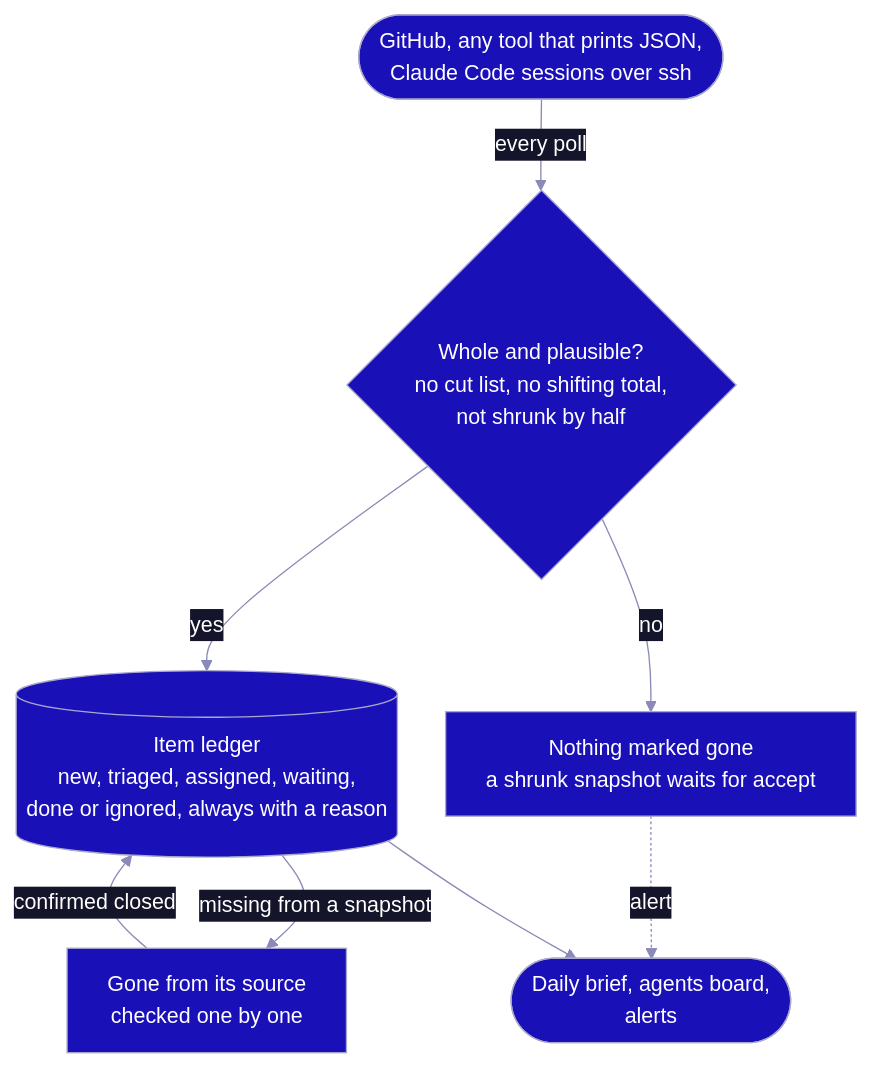
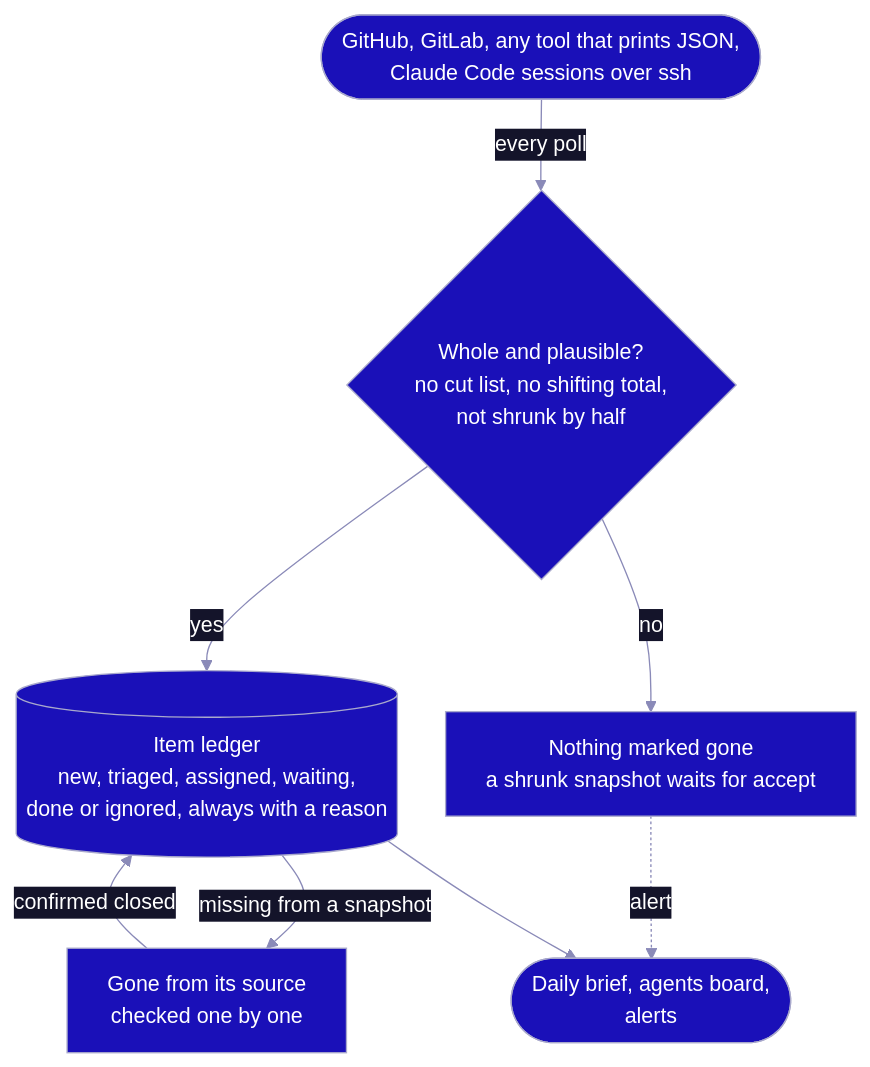
Before and after one commit to AirKyzzZ/hermes-superagent: the fourth of 4 diagrams in README.md, drawn with Mermaid. The commit also changed other lines of this file and 1 other file, not shown here.

````diff
--- a/README.md
+++ b/README.md
@@ -162,18 +162,18 @@
 ```mermaid
 flowchart TB
-    sources(["GitHub, any tool that prints JSON,<br/>Claude Code sessions over ssh"])
+    sources(["GitHub, GitLab, any tool that prints JSON,<br/>Claude Code sessions over ssh"])
     check{"Whole and plausible?<br/>no cut list, no shifting total,<br/>not shrunk by half"}
     ledger[("Item ledger<br/>new, triaged, assigned, waiting,<br/>done or ignored, always with a reason")]
     held["Nothing marked gone<br/>a shrunk snapshot waits for accept"]
     vanished["Gone from its source<br/>checked one by one"]
     out(["Daily brief, agents board,<br/>alerts"])
 
     sources -->|"every poll"| check
     check -->|yes| ledger
     check -->|no| held
     held -.->|alert| out
     ledger -->|"missing from a snapshot"| vanished
     vanished -->|"confirmed closed"| ledger
     ledger --> out
 %%{init: {"theme":"base","layout":"dagre","flowchart":{"wrappingWidth":420,"nodeSpacing":36,"rankSpacing":44},"themeVariables":{"primaryColor":"#1a10b8","primaryTextColor":"#ffffff","primaryBorderColor":"#a9a9cc","lineColor":"#8a8ab8","textColor":"#ffffff","clusterBkg":"#14142a","clusterBorder":"#4a4a78","titleColor":"#f4f4fd","edgeLabelBackground":"#14142a"}}}%%
 ```
````
